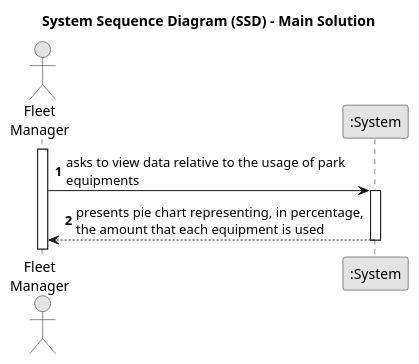
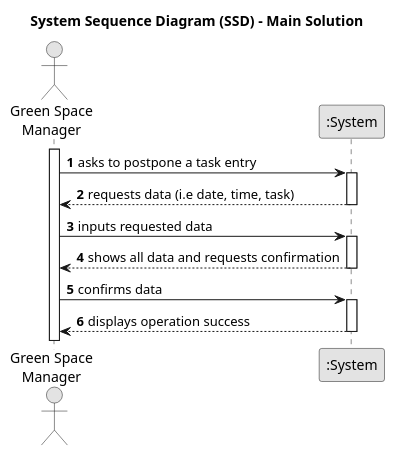
One commit to Departamento-de-Engenharia-Informatica/lei-24-s2-1dkl-g134 changed the diagram in docs/sprintC/us024/01.requirements-engineering/puml/us024-system-sequence-diagram-main-solution.puml. Above: the diagram before and after it, drawn with PlantUML. The commit also changed 24 other files, not shown here.

```diff
--- a/docs/sprintC/us024/01.requirements-engineering/puml/us024-system-sequence-diagram-main-solution.puml
+++ b/docs/sprintC/us024/01.requirements-engineering/puml/us024-system-sequence-diagram-main-solution.puml
@@ -1,21 +1,31 @@
 @startuml
 skinparam monochrome true
 skinparam packageStyle rectangle
 skinparam shadowing false
 
 title System Sequence Diagram (SSD) - Main Solution
 
 autonumber
 
-actor "Fleet\nManager" as Manager
+actor "Green Space\nManager" as GSM
 participant ":System" as System
 
-activate Manager
+activate GSM
 
-    Manager -> System : asks to view data relative to the usage of park\nequipments
+    GSM -> System : asks to postpone a task entry
     activate System
 
-        System --> Manager : presents pie chart representing, in percentage,\nthe amount that each equipment is used
+        System --> GSM : requests data (i.e date, time, task)
+    deactivate System
+    GSM -> System : inputs requested data
+    activate System
+
+        System --> GSM : shows all data and requests confirmation
+    deactivate System
+    GSM -> System : confirms data
+    activate System
+
+        System --> GSM : displays operation success
     deactivate System
 
 @enduml
```
